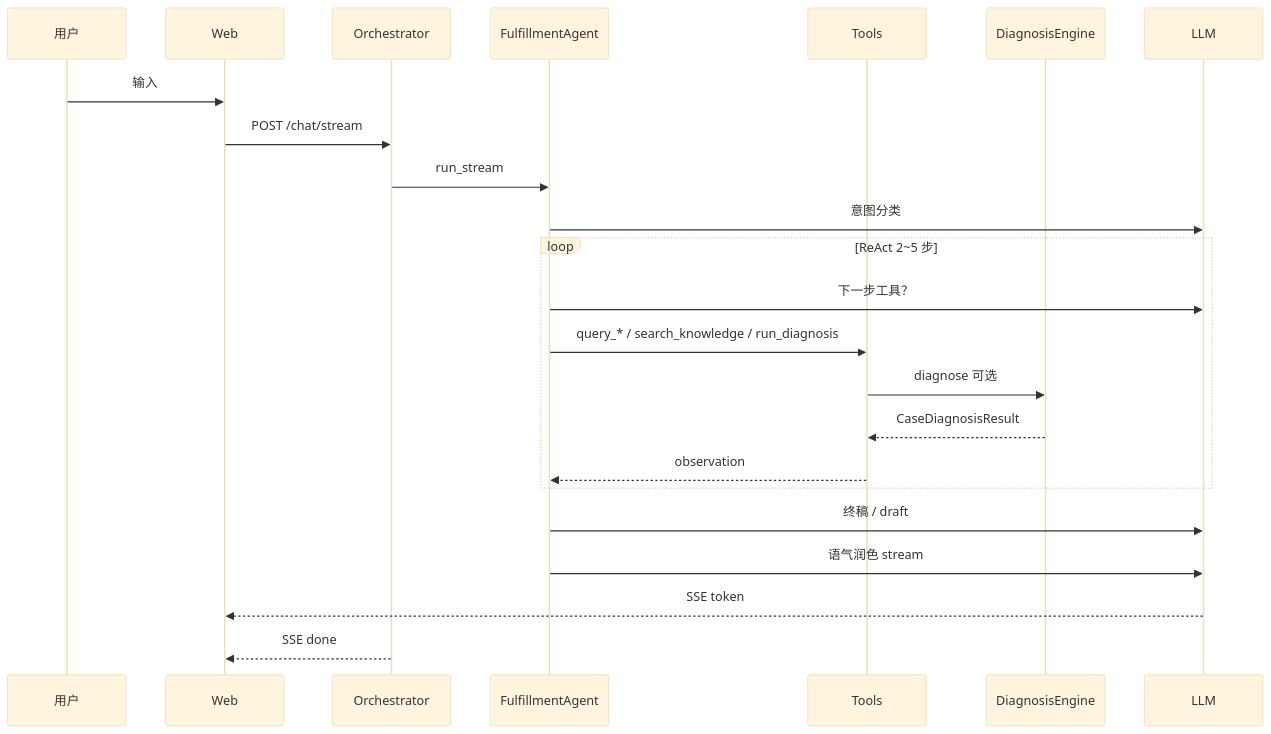
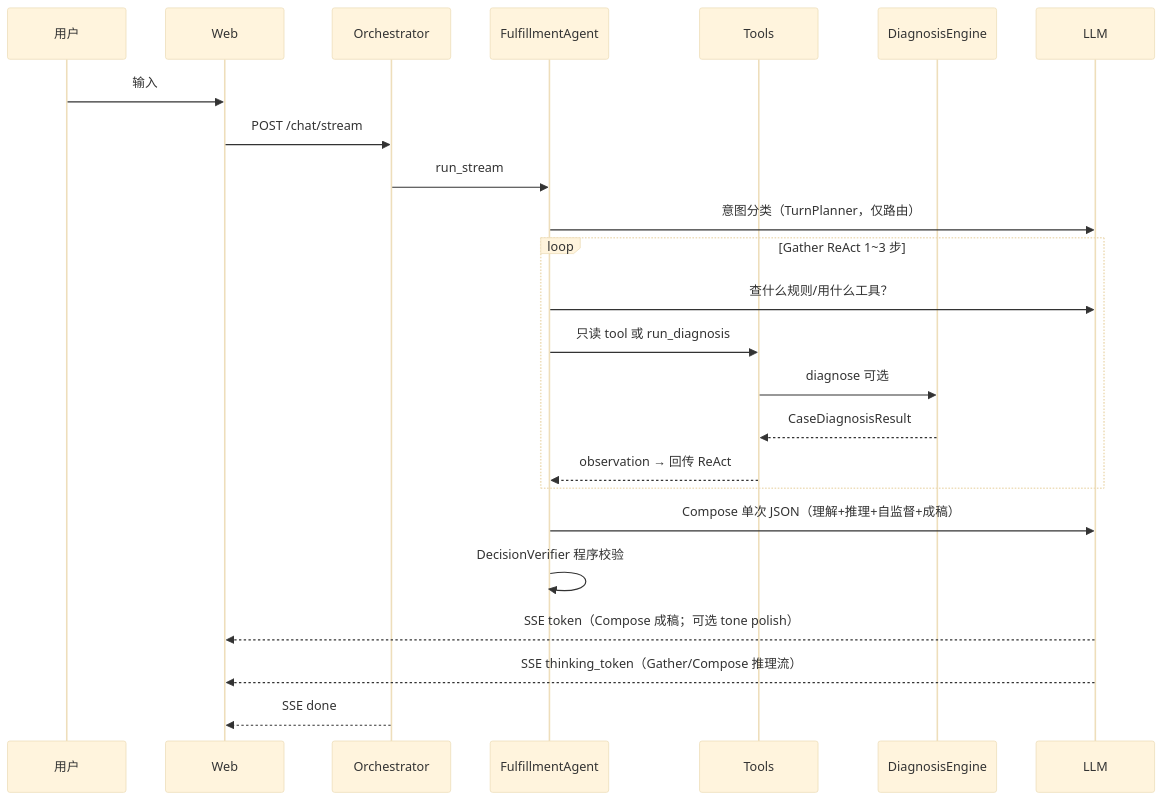
Before and after one commit to SheilahZ-2024/vibe_test: the second of 2 diagrams in docs/ARCHITECTURE.md, drawn with Mermaid (base theme). The commit also changed other lines of this file and 27 other files, not shown here.

First line of the commit message:
refactor: unified Gather ReAct + Compose pipeline with streaming thinking

````diff
--- a/docs/ARCHITECTURE.md
+++ b/docs/ARCHITECTURE.md
@@ -83,26 +100,27 @@
 ```mermaid
 sequenceDiagram
   participant U as 用户
   participant W as Web
   participant O as Orchestrator
   participant A as FulfillmentAgent
   participant T as Tools
   participant D as DiagnosisEngine
   participant L as LLM
 
   U->>W: 输入
   W->>O: POST /chat/stream
   O->>A: run_stream
-  A->>L: 意图分类
-  loop ReAct 2~5 步
-    A->>L: 下一步工具？
-    A->>T: query_* / search_knowledge / run_diagnosis
+  A->>L: 意图分类（TurnPlanner，仅路由）
+  loop Gather ReAct 1~3 步
+    A->>L: 查什么规则/用什么工具？
+    A->>T: 只读 tool 或 run_diagnosis
     T->>D: diagnose 可选
     D-->>T: CaseDiagnosisResult
-    T-->>A: observation
+    T-->>A: observation → 回传 ReAct
   end
-  A->>L: 终稿 / draft
-  A->>L: 语气润色 stream
-  L-->>W: SSE token
+  A->>L: Compose 单次 JSON（理解+推理+自监督+成稿）
+  A->>A: DecisionVerifier 程序校验
+  L-->>W: SSE token（Compose 成稿；可选 tone polish）
+  L-->>W: SSE thinking_token（Gather/Compose 推理流）
   O-->>W: SSE done
 ```
````
